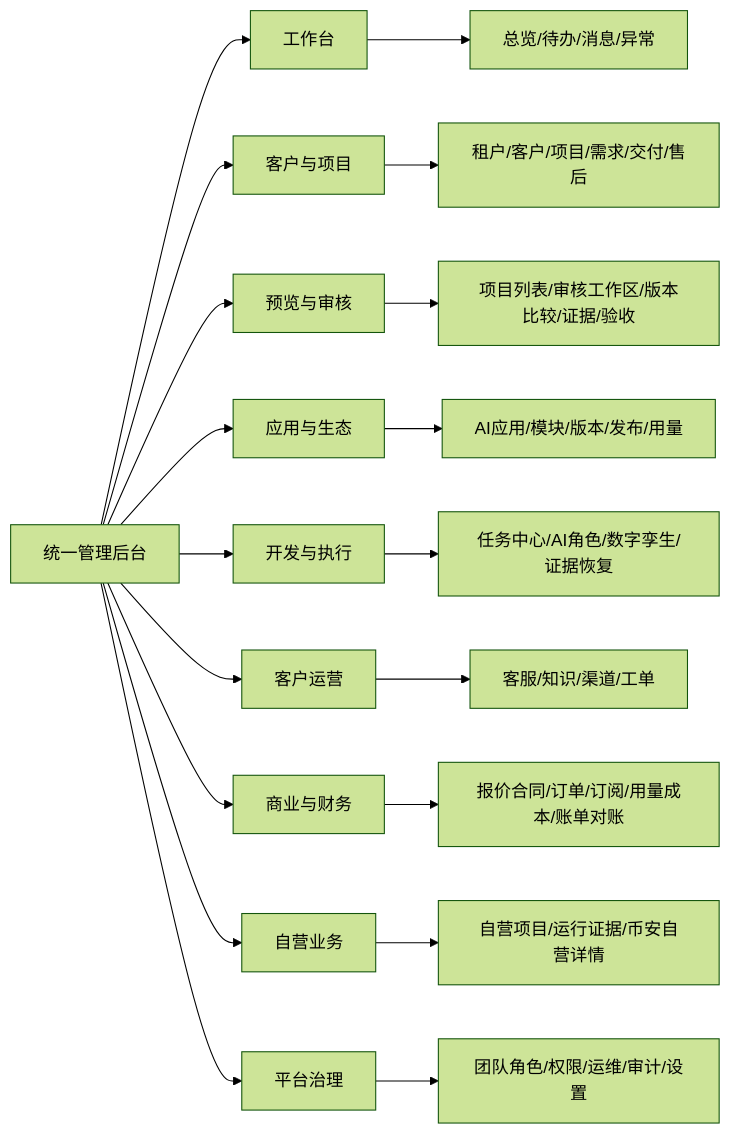
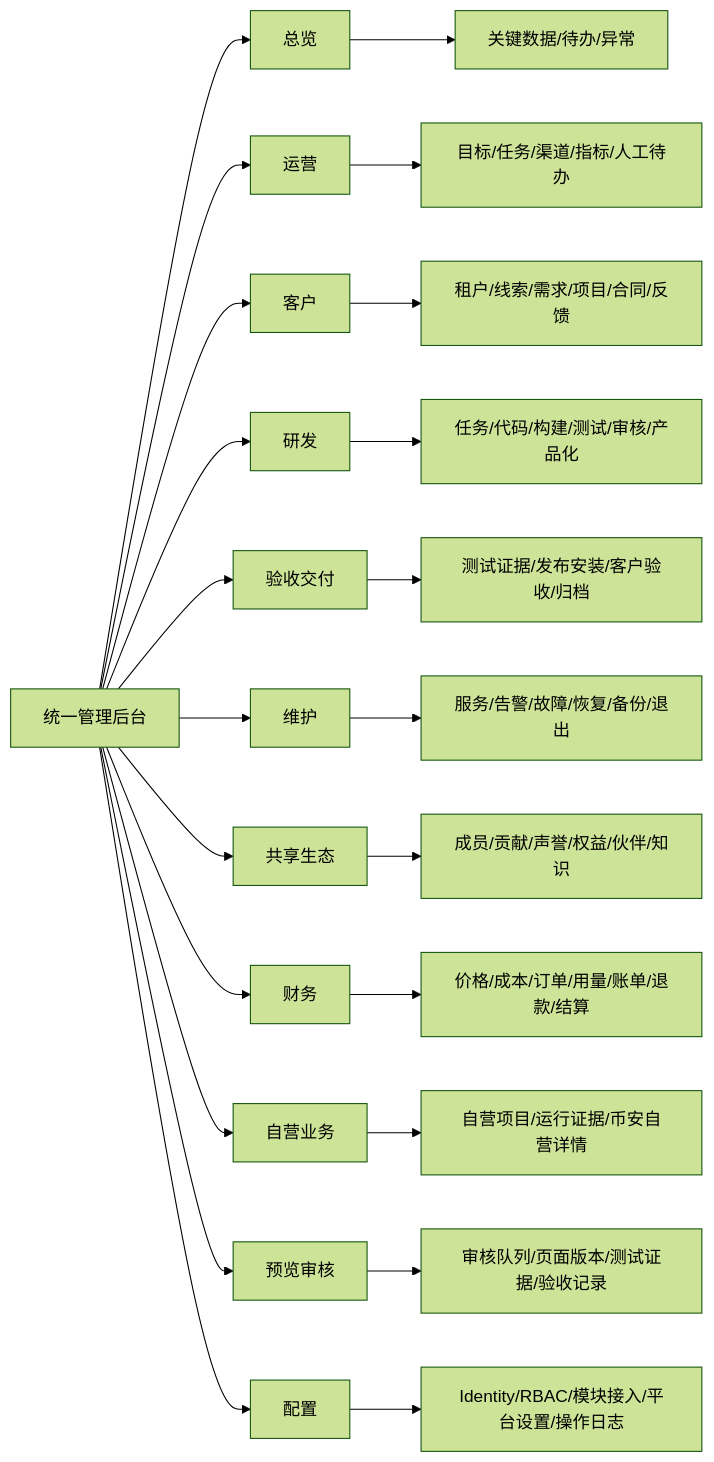
The diagram in docs/development/UNIFIED_ADMIN_INFORMATION_ARCHITECTURE_V1_20261030.md (huhongchuan0422-creator/Repository-name-xuanjun-ai-control), drawn with Mermaid (forest theme) before and after one commit. The commit also changed other lines of this file and 7 other files, not shown here.

````diff
--- a/docs/development/UNIFIED_ADMIN_INFORMATION_ARCHITECTURE_V1_20261030.md
+++ b/docs/development/UNIFIED_ADMIN_INFORMATION_ARCHITECTURE_V1_20261030.md
@@ -31,22 +31,26 @@
 ```mermaid
 flowchart LR
-  A[统一管理后台] --> W[工作台]
-  A --> CP[客户与项目]
-  A --> R[预览与审核]
-  A --> E[应用与生态]
-  A --> D[开发与执行]
-  A --> O[客户运营]
-  A --> F[商业与财务]
+  A[统一管理后台] --> W[总览]
+  A --> O[运营]
+  A --> C[客户]
+  A --> D[研发]
+  A --> AD[验收交付]
+  A --> M[维护]
+  A --> E[共享生态]
+  A --> F[财务]
   A --> S[自营业务]
-  A --> G[平台治理]
+  A --> R[预览审核]
+  A --> G[配置]
 
-  W --> W1[总览/待办/消息/异常]
-  CP --> CP1[租户/客户/项目/需求/交付/售后]
-  R --> R1[项目列表/审核工作区/版本比较/证据/验收]
-  E --> E1[AI应用/模块/版本/发布/用量]
-  D --> D1[任务中心/AI角色/数字孪生/证据恢复]
-  O --> O1[客服/知识/渠道/工单]
-  F --> F1[报价合同/订单/订阅/用量成本/账单对账]
+  W --> W1[关键数据/待办/异常]
+  O --> O1[目标/任务/渠道/指标/人工待办]
+  C --> C1[租户/线索/需求/项目/合同/反馈]
+  D --> D1[任务/代码/构建/测试/审核/产品化]
+  AD --> AD1[测试证据/发布安装/客户验收/归档]
+  M --> M1[服务/告警/故障/恢复/备份/退出]
+  E --> E1[成员/贡献/声誉/权益/伙伴/知识]
+  F --> F1[价格/成本/订单/用量/账单/退款/结算]
   S --> S1[自营项目/运行证据/币安自营详情]
-  G --> G1[团队角色/权限/运维/审计/设置]
+  R --> R1[审核队列/页面版本/测试证据/验收记录]
+  G --> G1[Identity/RBAC/模块接入/平台设置/操作日志]
 ```
````
